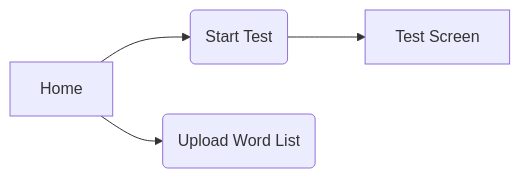
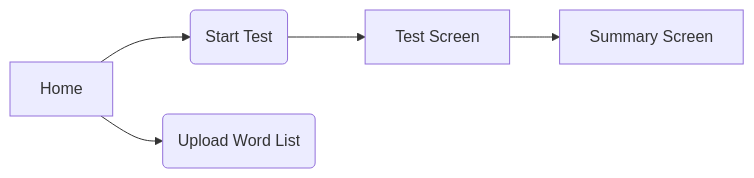
Before and after one commit to rohan-patnaik/keep-typing: the diagram in docs/UX_UI_Sketches.md, drawn with Mermaid. The commit also changed other lines of this file and 2 other files, not shown here.

````diff
--- a/docs/UX_UI_Sketches.md
+++ b/docs/UX_UI_Sketches.md
@@ -5,6 +8,7 @@
 ```mermaid
 flowchart LR
-  A[Home] --> B(Start Test)
-  A --> C(Upload Word List)
-  B --> D[Test Screen]
+  Home[Home] --> Start(Start Test)
+  Home --> Upload(Upload Word List)
+  Start --> TestScreen[Test Screen]
+  TestScreen --> Summary[Summary Screen]
 ```
````
